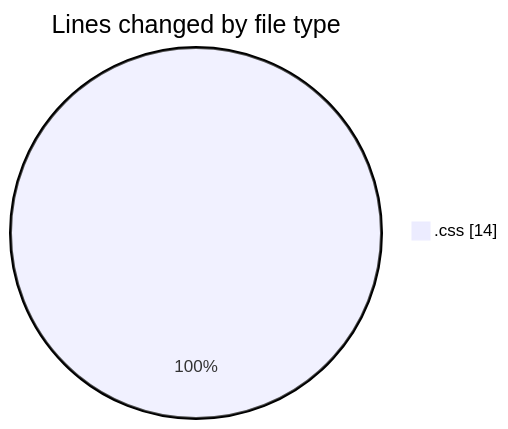
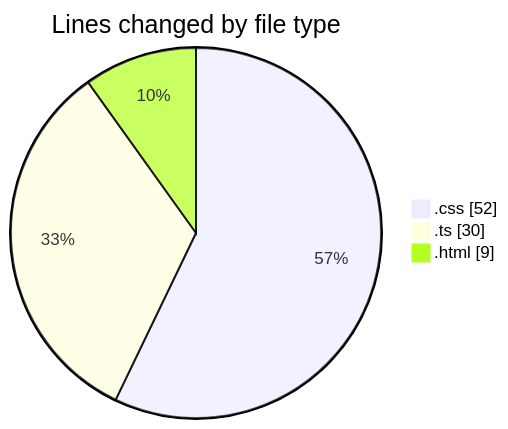
Before and after one commit to igalym/code-tracking: the first of 2 diagrams in 2026-01-06/budget_front_nest/README.md, drawn with Mermaid. The commit also changed other lines of this file and 1 other file, not shown here.

````diff
--- a/2026-01-06/budget_front_nest/README.md
+++ b/2026-01-06/budget_front_nest/README.md
@@ -20,5 +24,7 @@
 ```mermaid
 pie showData
 title Lines changed by file type
-".css" : 14
+".css" : 52
+".ts" : 30
+".html" : 9
 ```
````
